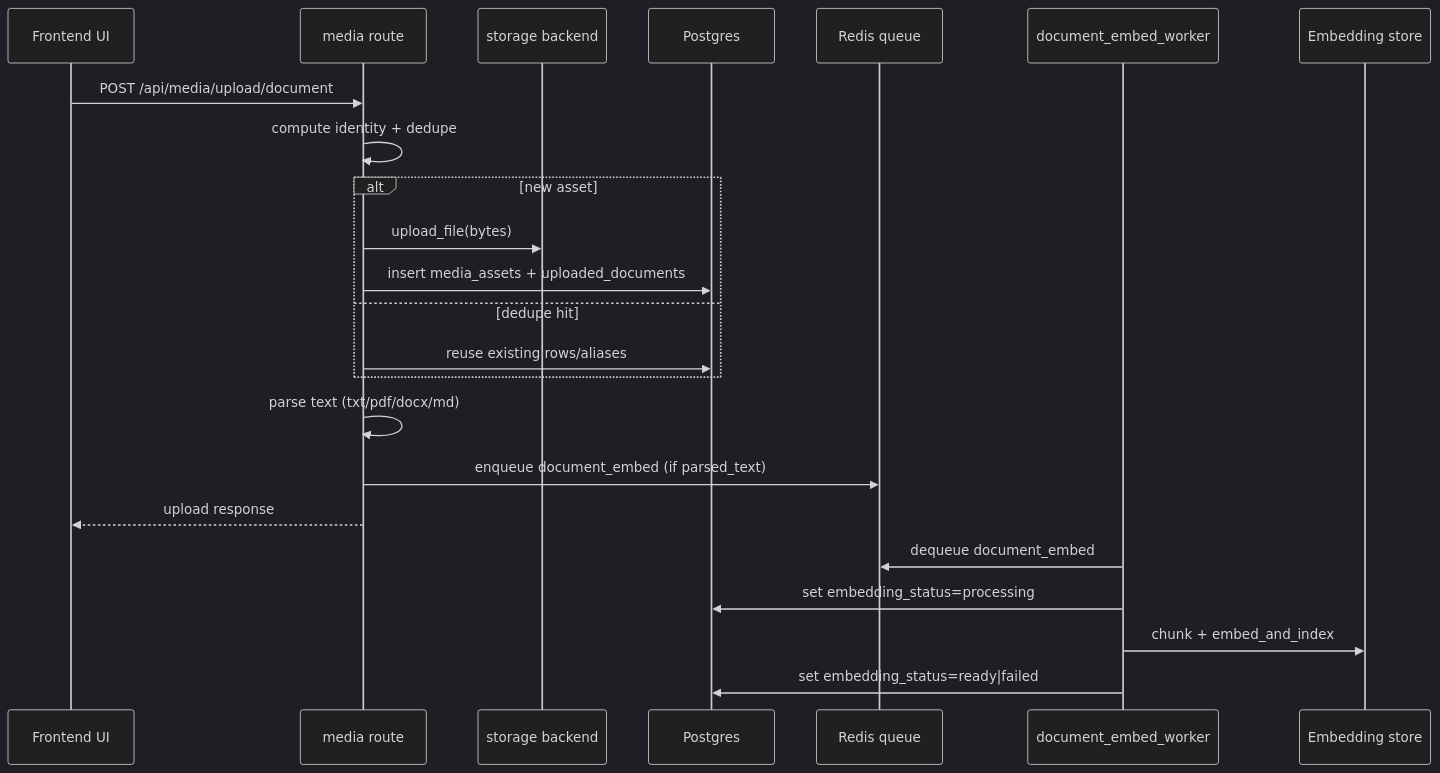
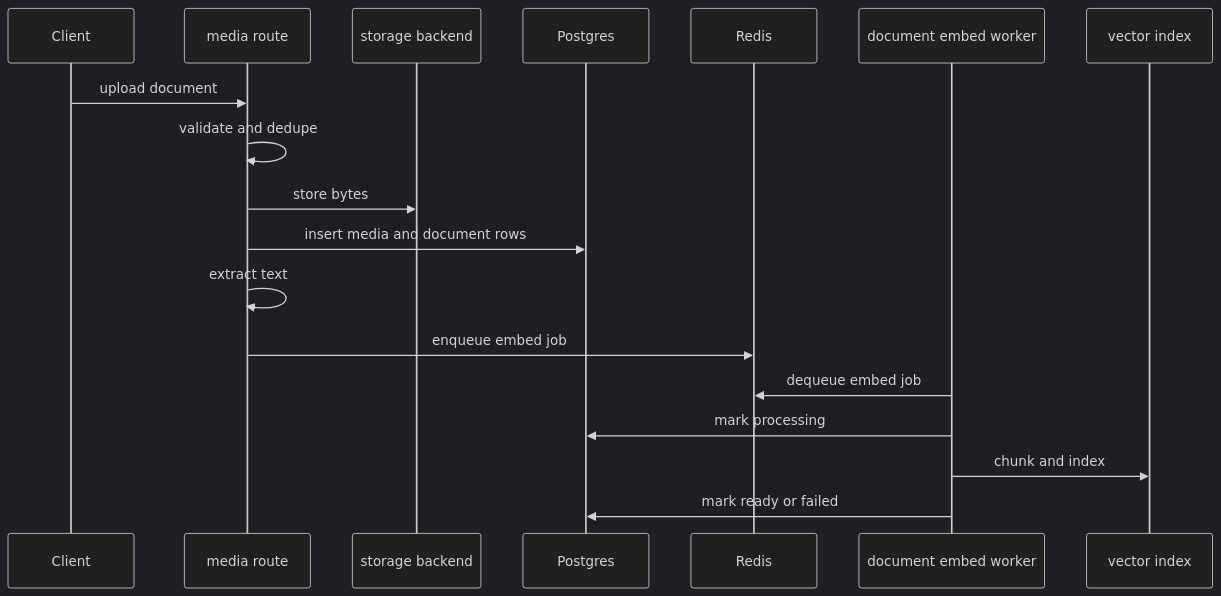
The third of 4 diagrams in docs/architecture/flows.md (Resonant-Jones/Codexify), drawn with Mermaid (dark theme) before and after one commit. The commit also changed other lines of this file and 7 other files, not shown here.

````diff
--- a/docs/architecture/flows.md
+++ b/docs/architecture/flows.md
@@ -163,27 +168,21 @@
 ```mermaid
 sequenceDiagram
-    participant UI as Frontend UI
+    participant UI as Client
     participant MediaAPI as media route
     participant Store as storage backend
     participant PG as Postgres
-    participant Redis as Redis queue
-    participant EmbedW as document_embed_worker
-    participant Vector as Embedding store
+    participant Redis as Redis
+    participant EmbedW as document embed worker
+    participant Vector as vector index
 
-    UI->>MediaAPI: POST /api/media/upload/document
-    MediaAPI->>MediaAPI: compute identity + dedupe
-    alt new asset
-        MediaAPI->>Store: upload_file(bytes)
-        MediaAPI->>PG: insert media_assets + uploaded_documents
-    else dedupe hit
-        MediaAPI->>PG: reuse existing rows/aliases
-    end
-    MediaAPI->>MediaAPI: parse text (txt/pdf/docx/md)
-    MediaAPI->>Redis: enqueue document_embed (if parsed_text)
-    MediaAPI-->>UI: upload response
-
-    EmbedW->>Redis: dequeue document_embed
-    EmbedW->>PG: set embedding_status=processing
-    EmbedW->>Vector: chunk + embed_and_index
-    EmbedW->>PG: set embedding_status=ready|failed
+    UI->>MediaAPI: upload document
+    MediaAPI->>MediaAPI: validate and dedupe
+    MediaAPI->>Store: store bytes
+    MediaAPI->>PG: insert media and document rows
+    MediaAPI->>MediaAPI: extract text
+    MediaAPI->>Redis: enqueue embed job
+    EmbedW->>Redis: dequeue embed job
+    EmbedW->>PG: mark processing
+    EmbedW->>Vector: chunk and index
+    EmbedW->>PG: mark ready or failed
 ```
````
